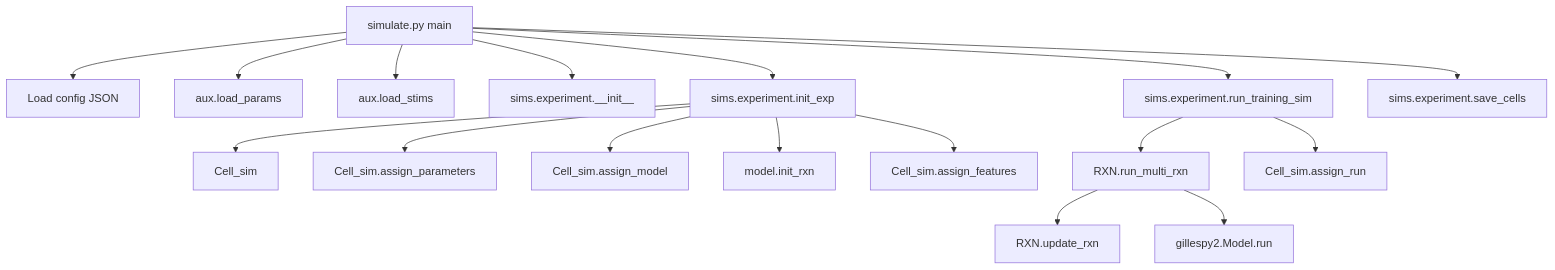
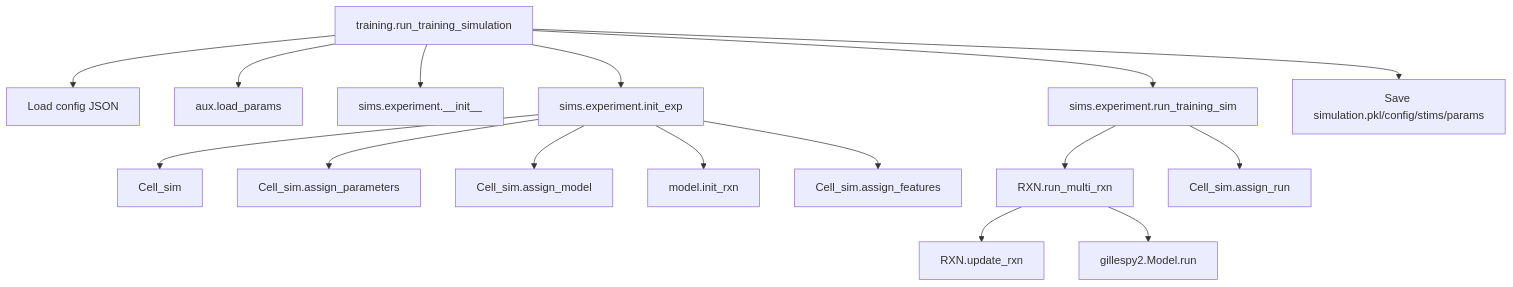
The third of 4 diagrams in README.md (mhossein7/aisam), drawn with Mermaid before and after one commit. The commit also changed other lines of this file and 5 other files, not shown here.

Commit message:
consolidated training.py and simulate.py for streamlined simulation

````diff
--- a/README.md
+++ b/README.md
@@ -55,43 +94,41 @@
 ```mermaid
 graph TD
-    run_cli[simulate.py main]
+    run_cli[training.run_training_simulation]
 
     load_cfg[Load config JSON]
     load_params[aux.load_params]
-    load_stims[aux.load_stims]
 
     exp_init[sims.experiment.__init__]
     init_exp[sims.experiment.init_exp]
     run_train[sims.experiment.run_training_sim]
-    save_cells[sims.experiment.save_cells]
+    save_outputs[Save simulation.pkl/config/stims/params]
 
     cell_ctor[Cell_sim]
     assign_params[Cell_sim.assign_parameters]
     assign_model[Cell_sim.assign_model]
     model_init[model.init_rxn]
     assign_features[Cell_sim.assign_features]
 
     run_multi[RXN.run_multi_rxn]
     update_rxn[RXN.update_rxn]
     gilles_run[gillespy2.Model.run]
     assign_run[Cell_sim.assign_run]
 
     run_cli --> load_cfg
     run_cli --> load_params
-    run_cli --> load_stims
     run_cli --> exp_init
     run_cli --> init_exp
     run_cli --> run_train
-    run_cli --> save_cells
+    run_cli --> save_outputs
 
     init_exp --> cell_ctor
     init_exp --> assign_params
     init_exp --> assign_model
     init_exp --> model_init
     init_exp --> assign_features
 
     run_train --> run_multi
     run_multi --> update_rxn
     run_multi --> gilles_run
     run_train --> assign_run
 ```
````
